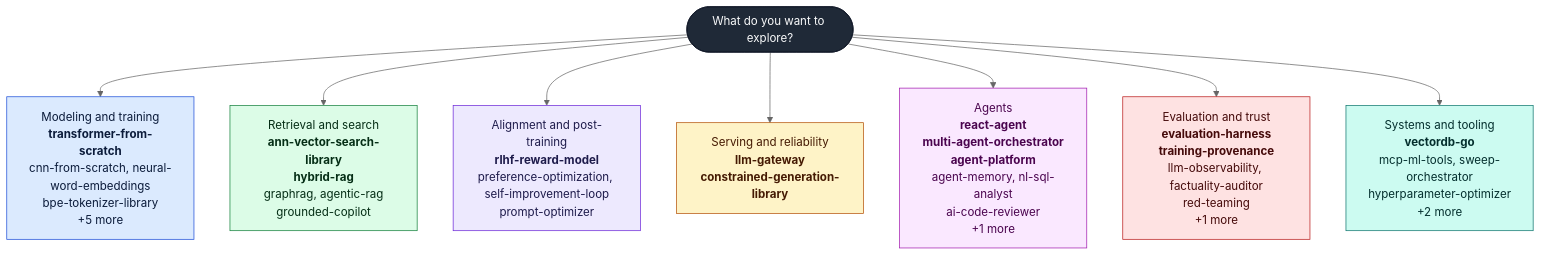
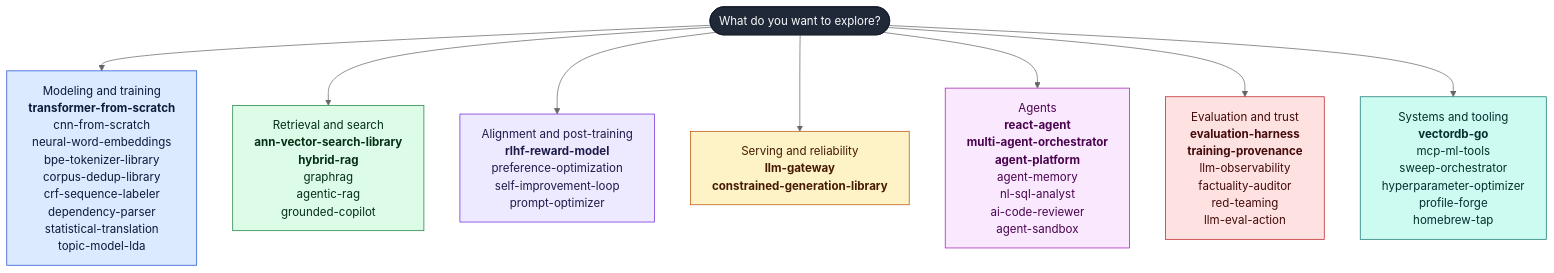
The first of 3 diagrams in examples/adeoluo.README.md (adeoluo/profile-forge), drawn with Mermaid (neutral theme) before and after one commit. The commit also changed other lines of this file and 7 other files, not shown here.

First line of the commit message:
Path chart: one repository per line; keep names unwrapped (#6)

````diff
--- a/examples/adeoluo.README.md
+++ b/examples/adeoluo.README.md
@@ -61,29 +61,30 @@
 ```mermaid
+%%{init: {"flowchart": {"wrappingWidth": 320}}}%%
 flowchart TD
   n_root(["What do you want to explore?"])
-  n_root --> n_model["Modeling and training<br/><b>transformer-from-scratch</b><br/>cnn-from-scratch, neural-word-embeddings<br/>bpe-tokenizer-library<br/>+5 more"]
-  n_root --> n_retr["Retrieval and search<br/><b>ann-vector-search-library</b><br/><b>hybrid-rag</b><br/>graphrag, agentic-rag<br/>grounded-copilot"]
-  n_root --> n_align["Alignment and post-training<br/><b>rlhf-reward-model</b><br/>preference-optimization, self-improvement-loop<br/>prompt-optimizer"]
+  n_root --> n_model["Modeling and training<br/><b>transformer-from-scratch</b><br/>cnn-from-scratch<br/>neural-word-embeddings<br/>bpe-tokenizer-library<br/>corpus-dedup-library<br/>crf-sequence-labeler<br/>dependency-parser<br/>statistical-translation<br/>topic-model-lda"]
+  n_root --> n_retr["Retrieval and search<br/><b>ann-vector-search-library</b><br/><b>hybrid-rag</b><br/>graphrag<br/>agentic-rag<br/>grounded-copilot"]
+  n_root --> n_align["Alignment and post-training<br/><b>rlhf-reward-model</b><br/>preference-optimization<br/>self-improvement-loop<br/>prompt-optimizer"]
   n_root --> n_serve["Serving and reliability<br/><b>llm-gateway</b><br/><b>constrained-generation-library</b>"]
-  n_root --> n_agent["Agents<br/><b>react-agent</b><br/><b>multi-agent-orchestrator</b><br/><b>agent-platform</b><br/>agent-memory, nl-sql-analyst<br/>ai-code-reviewer<br/>+1 more"]
-  n_root --> n_trust["Evaluation and trust<br/><b>evaluation-harness</b><br/><b>training-provenance</b><br/>llm-observability, factuality-auditor<br/>red-teaming<br/>+1 more"]
-  n_root --> n_sys["Systems and tooling<br/><b>vectordb-go</b><br/>mcp-ml-tools, sweep-orchestrator<br/>hyperparameter-optimizer<br/>+2 more"]
+  n_root --> n_agent["Agents<br/><b>react-agent</b><br/><b>multi-agent-orchestrator</b><br/><b>agent-platform</b><br/>agent-memory<br/>nl-sql-analyst<br/>ai-code-reviewer<br/>agent-sandbox"]
+  n_root --> n_trust["Evaluation and trust<br/><b>evaluation-harness</b><br/><b>training-provenance</b><br/>llm-observability<br/>factuality-auditor<br/>red-teaming<br/>llm-eval-action"]
+  n_root --> n_sys["Systems and tooling<br/><b>vectordb-go</b><br/>mcp-ml-tools<br/>sweep-orchestrator<br/>hyperparameter-optimizer<br/>profile-forge<br/>homebrew-tap"]
 
   classDef c_root fill:#1f2937,stroke:#111827,color:#f9fafb;
   classDef c_model fill:#dbeafe,stroke:#1d4ed8,color:#0b1b3a;
   classDef c_retr fill:#dcfce7,stroke:#15803d,color:#052e16;
   classDef c_align fill:#ede9fe,stroke:#6d28d9,color:#1e1b4b;
   classDef c_serve fill:#fef3c7,stroke:#b45309,color:#451a03;
   classDef c_agent fill:#fae8ff,stroke:#a21caf,color:#4a044e;
   classDef c_trust fill:#fee2e2,stroke:#b91c1c,color:#450a0a;
   classDef c_sys fill:#ccfbf1,stroke:#0f766e,color:#042f2e;
 
   class n_root c_root;
   class n_model c_model;
   class n_retr c_retr;
   class n_align c_align;
   class n_serve c_serve;
   class n_agent c_agent;
   class n_trust c_trust;
   class n_sys c_sys;
 ```
````
